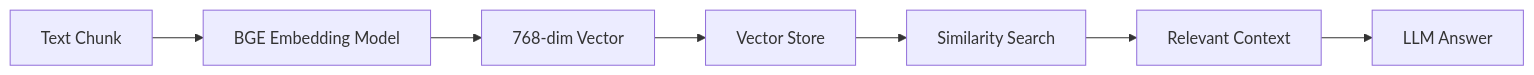
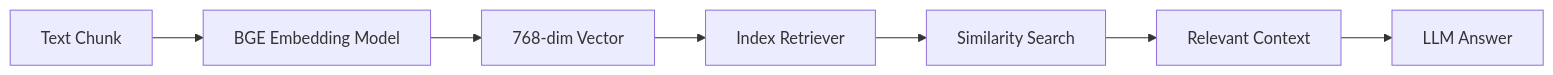
One commit to tranduythanh/Build-GenAI-Course-DataScienceWorld.Kan changed the third of 3 diagrams in unit12/README.md. Above: the diagram before and after it, drawn with Mermaid. The commit also changed other lines of this file and 1 other file, not shown here.

Commit message:
Enhance Makefile and README for improved Neo4j management and build index functionality; add build-index target and update usage instructions.

````diff
--- a/unit12/README.md
+++ b/unit12/README.md
@@ -198,9 +186,9 @@
 ```mermaid
 graph LR
     A[Text Chunk] --> B[BGE Embedding Model]
     B --> C[768-dim Vector]
-    C --> D[Vector Store]
+    C --> D[Index Retriever]
     D --> E[Similarity Search]
     E --> F[Relevant Context]
     F --> G[LLM Answer]
 ```
````
